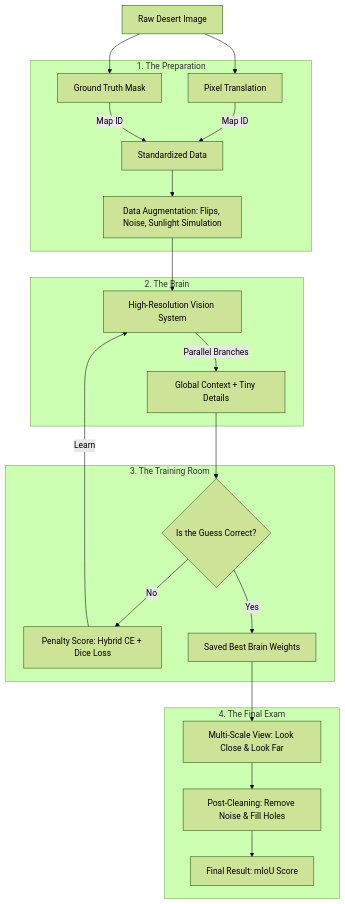
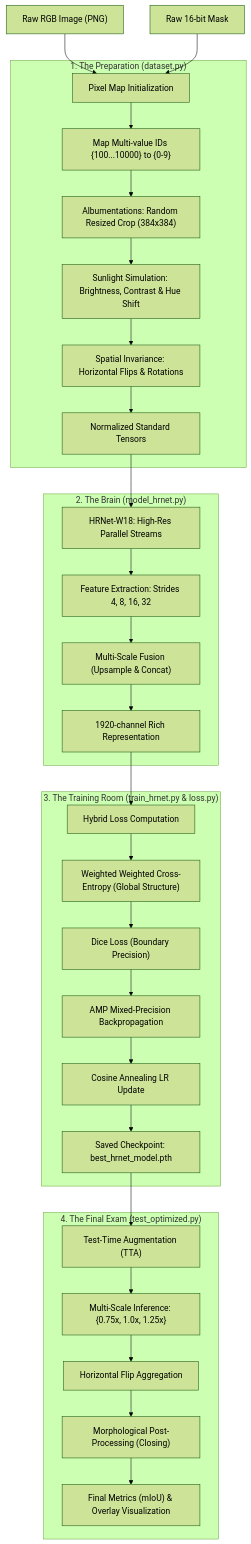
The diagram in README.md (Bit-Blitz/Falcon-Segmentation-Model), drawn with Mermaid (forest theme) before and after one commit.

Commit message:
expand flowchart with detailed technical steps

````diff
--- a/README.md
+++ b/README.md
@@ -19,29 +19,37 @@
 ```mermaid
 graph TD
-    A[Raw Desert Image] --> B[Pixel Translation]
-    A --> C[Ground Truth Mask]
+    A["Raw RGB Image (PNG)"] --> B["Pixel Map Initialization"]
+    C["Raw 16-bit Mask"] --> B
     
-    subgraph "1. The Preparation"
-    B -->|Map ID | D[Standardized Data]
-    C -->|Map ID | D
-    D --> E[Data Augmentation: Flips, Noise, Sunlight Simulation]
+    subgraph "1. The Preparation (dataset.py)"
+    B --> B1["Map Multi-value IDs {100...10000} to {0-9}"]
+    B1 --> B2["Albumentations: Random Resized Crop (384x384)"]
+    B2 --> B3["Sunlight Simulation: Brightness, Contrast & Hue Shift"]
+    B3 --> B4["Spatial Invariance: Horizontal Flips & Rotations"]
+    B4 --> D["Normalized Standard Tensors"]
     end
 
-    subgraph "2. The Brain "
-    E --> F[High-Resolution Vision System]
-    F -->|Parallel Branches| G[Global Context + Tiny Details]
+    subgraph "2. The Brain (model_hrnet.py)"
+    D --> F1["HRNet-W18: High-Res Parallel Streams"]
+    F1 --> F2["Feature Extraction: Strides 4, 8, 16, 32"]
+    F2 --> F3["Multi-Scale Fusion (Upsample & Concat)"]
+    F3 --> G["1920-channel Rich Representation"]
     end
 
-    subgraph "3. The Training Room "
-    G --> H{Is the Guess Correct?}
-    H -->|No| I[Penalty Score: Hybrid CE + Dice Loss]
-    I -->|Learn| F
-    H -->|Yes| J[Saved Best Brain Weights]
+    subgraph "3. The Training Room (train_hrnet.py & loss.py)"
+    G --> H1["Hybrid Loss Computation"]
+    H1 --> H2["Weighted Weighted Cross-Entropy (Global Structure)"]
+    H2 --> H3["Dice Loss (Boundary Precision)"]
+    H3 --> I["AMP Mixed-Precision Backpropagation"]
+    I --> I1["Cosine Annealing LR Update"]
+    I1 --> J["Saved Checkpoint: best_hrnet_model.pth"]
     end
 
-    subgraph "4. The Final Exam"
-    J --> K[Multi-Scale View: Look Close & Look Far]
-    K --> L[Post-Cleaning: Remove Noise & Fill Holes]
-    L --> M[Final Result: mIoU Score]
+    subgraph "4. The Final Exam (test_optimized.py)"
+    J --> K["Test-Time Augmentation (TTA)"]
+    K --> K1["Multi-Scale Inference: {0.75x, 1.0x, 1.25x}"]
+    K1 --> K2["Horizontal Flip Aggregation"]
+    K2 --> L["Morphological Post-Processing (Closing)"]
+    L --> M["Final Metrics (mIoU) & Overlay Visualization"]
     end
 ```
````
